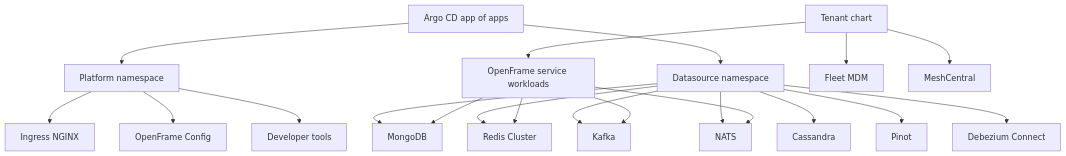
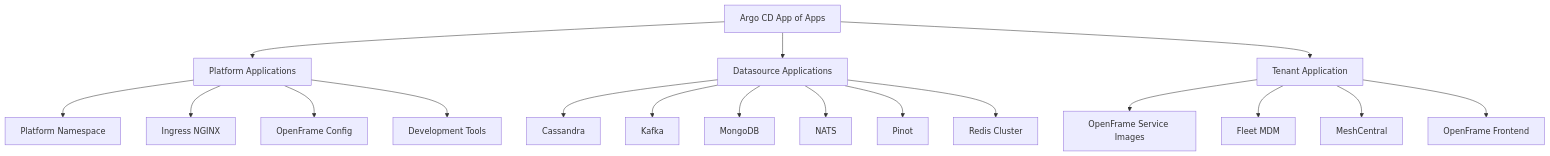
Before and after one commit to flamingo-stack/openframe-oss-tenant: the third of 3 diagrams in docs/reference/architecture/README.md, drawn with Mermaid. The commit also changed other lines of this file and 2377 other files, not shown here.

````diff
--- a/docs/reference/architecture/README.md
+++ b/docs/reference/architecture/README.md
@@ -131,26 +124,23 @@
 ```mermaid
 flowchart TD
-    Apps["Argo CD app of apps"] --> PlatformNs["Platform namespace"]
-    Apps --> DataNs["Datasource namespace"]
+    Argo["Argo CD App of Apps"] --> Platform["Platform Applications"]
+    Argo --> Datasources["Datasource Applications"]
+    Argo --> Tenant["Tenant Application"]
 
-    PlatformNs --> Ingress["Ingress NGINX"]
-    PlatformNs --> Config["OpenFrame Config"]
-    PlatformNs --> Tools["Developer tools"]
+    Platform --> NamespacePlatform["Platform Namespace"]
+    Platform --> Ingress["Ingress NGINX"]
+    Platform --> Config["OpenFrame Config"]
+    Platform --> Tools["Development Tools"]
 
-    DataNs --> Mongo["MongoDB"]
-    DataNs --> Redis["Redis Cluster"]
-    DataNs --> Kafka["Kafka"]
-    DataNs --> Nats["NATS"]
-    DataNs --> Cassandra["Cassandra"]
-    DataNs --> Pinot["Pinot"]
-    DataNs --> Debezium["Debezium Connect"]
+    Datasources --> Cassandra["Cassandra"]
+    Datasources --> Kafka["Kafka"]
+    Datasources --> Mongo["MongoDB"]
+    Datasources --> Nats["NATS"]
+    Datasources --> Pinot["Pinot"]
+    Datasources --> Redis["Redis Cluster"]
 
-    Tenant["Tenant chart"] --> Services["OpenFrame service workloads"]
+    Tenant --> Services["OpenFrame Service Images"]
     Tenant --> Fleet["Fleet MDM"]
     Tenant --> Mesh["MeshCentral"]
-
-    Services --> Mongo
-    Services --> Redis
-    Services --> Kafka
-    Services --> Nats
+    Tenant --> Frontend["OpenFrame Frontend"]
 ```
````
